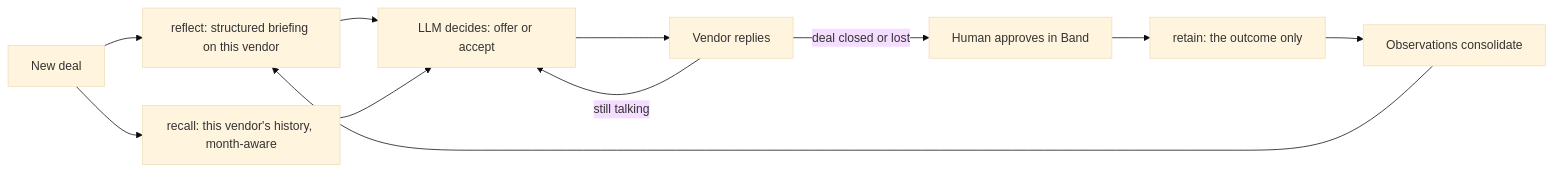
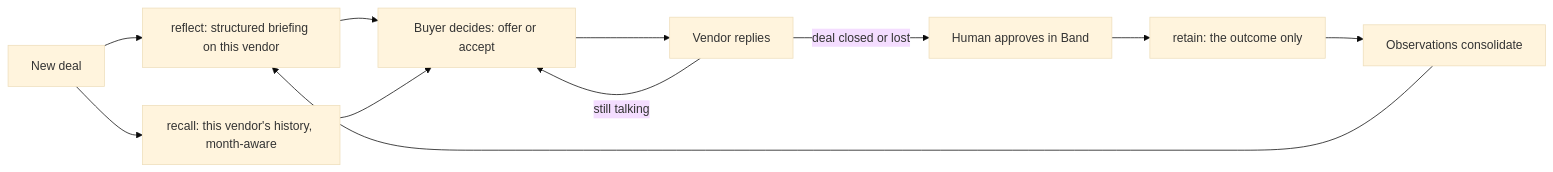
The diagram in README.md (thirthpatel2-web/counterparty), drawn with Mermaid (base theme) before and after one commit. The commit also changed other lines of this file and 5 other files, not shown here.

````diff
--- a/README.md
+++ b/README.md
@@ -28,13 +61,13 @@
 ```mermaid
 flowchart LR
     A[New deal] --> B[reflect: structured briefing on this vendor]
     A --> C[recall: this vendor's history, month-aware]
-    B --> D[LLM decides: offer or accept]
+    B --> D[Buyer decides: offer or accept]
     C --> D
     D --> E[Vendor replies]
     E -->|still talking| D
     E -->|deal closed or lost| F[Human approves in Band]
     F --> G[retain: the outcome only]
     G --> H[Observations consolidate]
     H --> B
 ```
````
